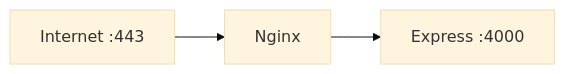
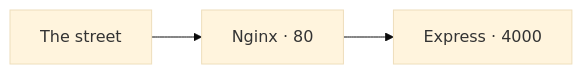
Before and after one commit to sreecharan-desu/hackx-slides: the diagram in content/tracks/backend-from-zero/lessons/26-nginx.md, drawn with Mermaid (base theme). The commit also changed other lines of this file and 35 other files, not shown here.

````diff
--- a/content/tracks/backend-from-zero/lessons/26-nginx.md
+++ b/content/tracks/backend-from-zero/lessons/26-nginx.md
@@ -10,5 +12,5 @@
 ```mermaid
 flowchart LR
-  NET[Internet :443] --> NGX[Nginx]
-  NGX --> APP[Express :4000]
+  NET[The street] --> NGX[Nginx · 80]
+  NGX --> APP[Express · 4000]
 ```
````
